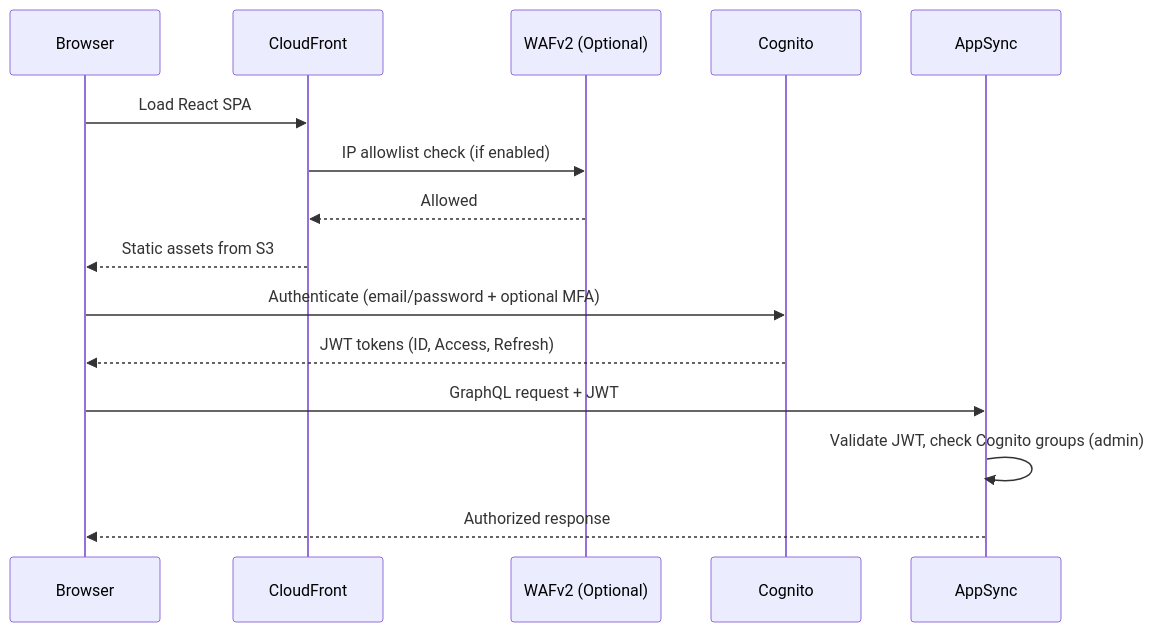
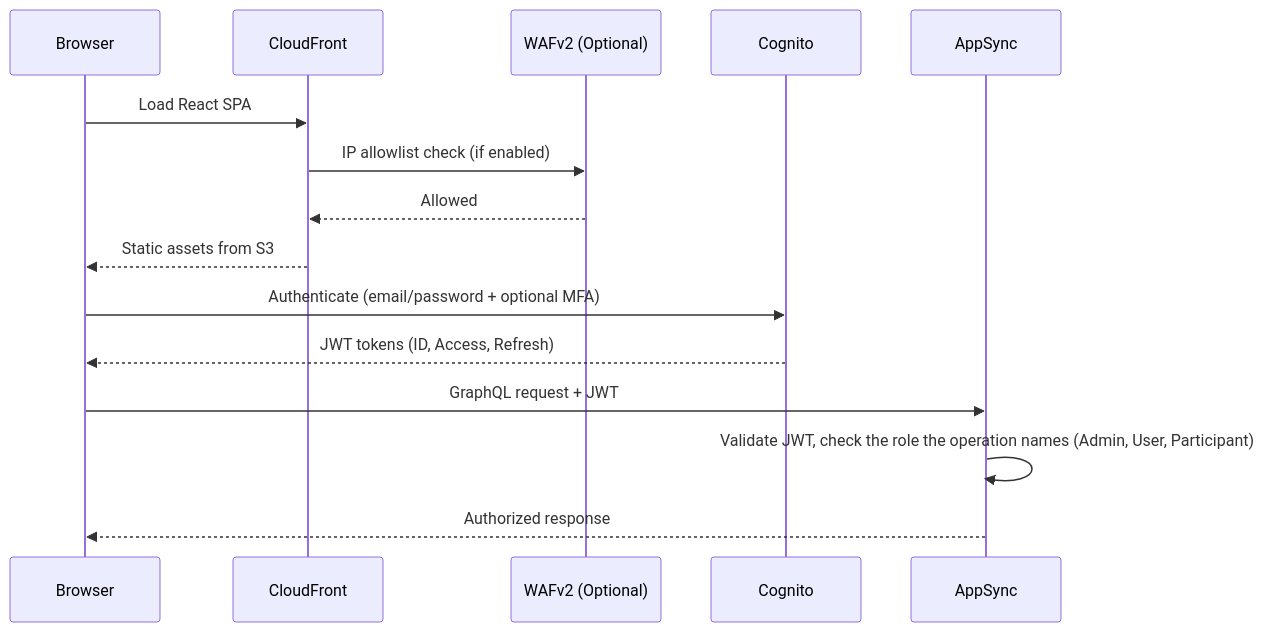
Before and after one commit to aws-samples/amazon-transcribe-live-meeting-assistant: the sixth of 12 diagrams in threat-modeling/architecture/data-flows.md, drawn with Mermaid. The commit also changed other lines of this file and 12 other files, not shown here.

````diff
--- a/threat-modeling/architecture/data-flows.md
+++ b/threat-modeling/architecture/data-flows.md
@@ -227,18 +227,18 @@
 ```mermaid
 sequenceDiagram
     participant Browser as Browser
     participant CF as CloudFront
     participant WAF as WAFv2 (Optional)
     participant Cognito as Cognito
     participant AppSync as AppSync
 
     Browser->>CF: Load React SPA
     CF->>WAF: IP allowlist check (if enabled)
     WAF-->>CF: Allowed
     CF-->>Browser: Static assets from S3
     Browser->>Cognito: Authenticate (email/password + optional MFA)
     Cognito-->>Browser: JWT tokens (ID, Access, Refresh)
     Browser->>AppSync: GraphQL request + JWT
-    AppSync->>AppSync: Validate JWT, check Cognito groups (admin)
+    AppSync->>AppSync: Validate JWT, check the role the operation names (Admin, User, Participant)
     AppSync-->>Browser: Authorized response
 ```
````
